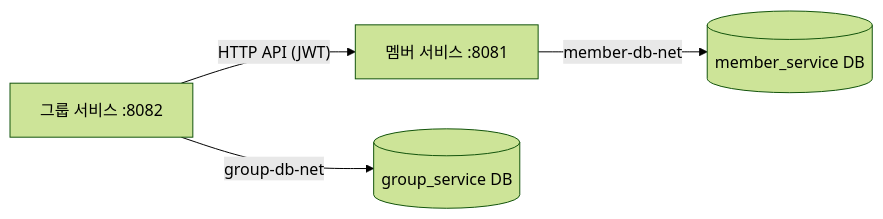
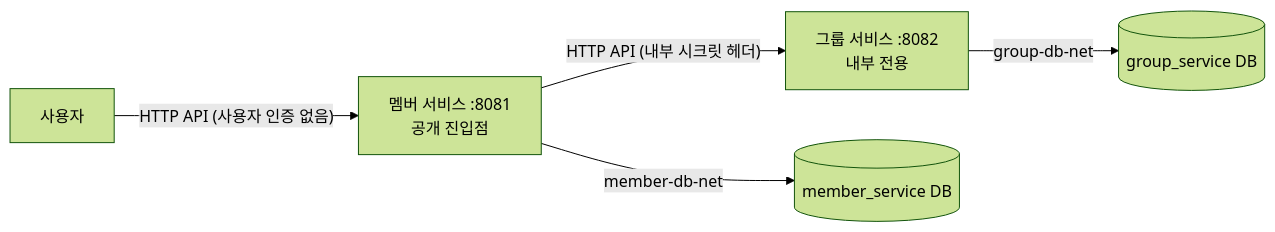
The diagram in docs/common/architecture.md (collenkim/task_20261104), drawn with Mermaid (forest theme) before and after one commit. The commit also changed other lines of this file and 98 other files, not shown here.

````diff
--- a/docs/common/architecture.md
+++ b/docs/common/architecture.md
@@ -11,6 +13,7 @@
 ```mermaid
 flowchart LR
-    G["그룹 서비스 :8082"] -->|"HTTP API (JWT)"| M["멤버 서비스 :8081"]
+    U["사용자"] -->|"HTTP API (사용자 인증 없음)"| M["멤버 서비스 :8081<br/>공개 진입점"]
+    M -->|"HTTP API (내부 시크릿 헤더)"| G["그룹 서비스 :8082<br/>내부 전용"]
+    M -->|"member-db-net"| MD[("member_service DB")]
     G -->|"group-db-net"| GD[("group_service DB")]
-    M -->|"member-db-net"| MD[("member_service DB")]
 ```
````
